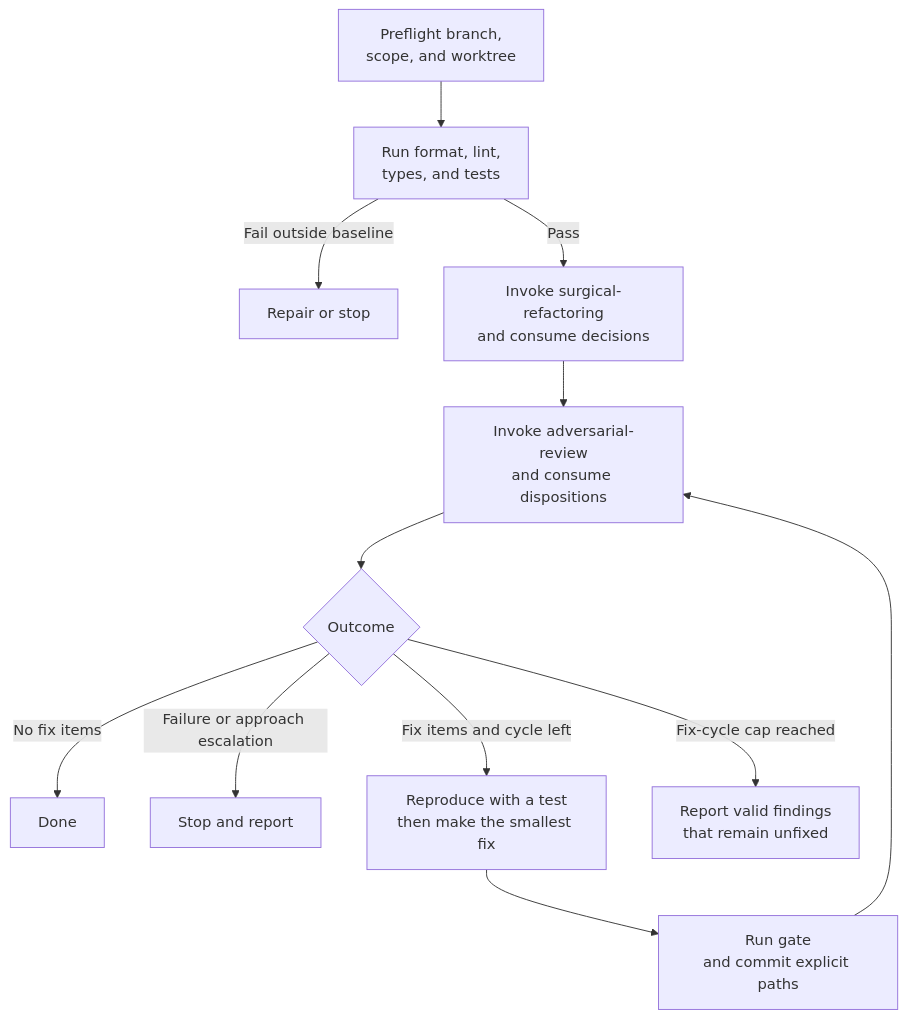
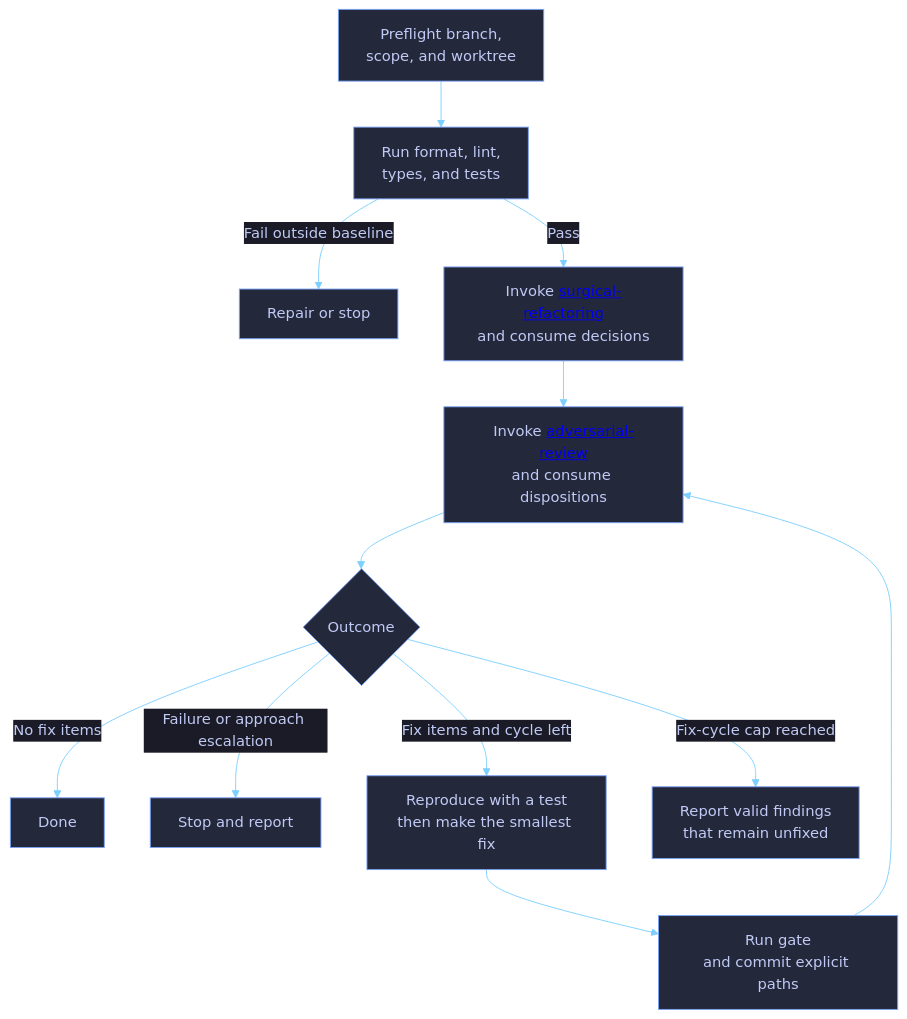
Before and after one commit to dvo-dev/copilot-guidance: the diagram in docs/skill-workflows/review-fix-loop.md, drawn with Mermaid. The commit also changed 10 other files, not shown here.

Commit message:
Theme workflow diagrams and fix skill links

````diff
--- a/docs/skill-workflows/review-fix-loop.md
+++ b/docs/skill-workflows/review-fix-loop.md
@@ -14,17 +14,16 @@
 ```mermaid
+%%{init: {"theme":"base","themeVariables":{"background":"#1a1b26","primaryColor":"#24283b","primaryTextColor":"#c0caf5","primaryBorderColor":"#7aa2f7","secondaryColor":"#1f2335","secondaryTextColor":"#c0caf5","secondaryBorderColor":"#bb9af7","tertiaryColor":"#16161e","tertiaryTextColor":"#c0caf5","tertiaryBorderColor":"#7dcfff","lineColor":"#7dcfff","textColor":"#c0caf5","mainBkg":"#24283b","nodeBorder":"#7aa2f7","clusterBkg":"#16161e","clusterBorder":"#565f89","defaultLinkColor":"#7dcfff","edgeLabelBackground":"#1a1b26","titleColor":"#bb9af7","fontFamily":"ui-monospace, SFMono-Regular, Menlo, Monaco, Consolas, Liberation Mono, monospace"},"flowchart":{"curve":"basis","htmlLabels":true}}}%%
 flowchart TD
     A["Preflight branch,<br/>scope, and worktree"] --> B["Run format, lint,<br/>types, and tests"]
     B -->|Fail outside baseline| C["Repair or stop"]
-    B -->|Pass| E["Invoke surgical-refactoring<br/>and consume decisions"]
-    E --> G["Invoke adversarial-review<br/>and consume dispositions"]
+    B -->|Pass| E["Invoke <a href='surgical-refactoring.md'>surgical-refactoring</a><br/>and consume decisions"]
+    E --> G["Invoke <a href='adversarial-review.md'>adversarial-review</a><br/>and consume dispositions"]
     G --> H{"Outcome"}
     H -->|No fix items| I["Done"]
     H -->|Failure or approach escalation| J["Stop and report"]
     H -->|Fix items and cycle left| K["Reproduce with a test<br/>then make the smallest fix"]
     K --> L["Run gate<br/>and commit explicit paths"]
     L --> G
     H -->|Fix-cycle cap reached| M["Report valid findings<br/>that remain unfixed"]
 
-    click E href "surgical-refactoring.md" "Open the surgical-refactoring workflow"
-    click G href "adversarial-review.md" "Open the adversarial-review workflow"
 ```
````
